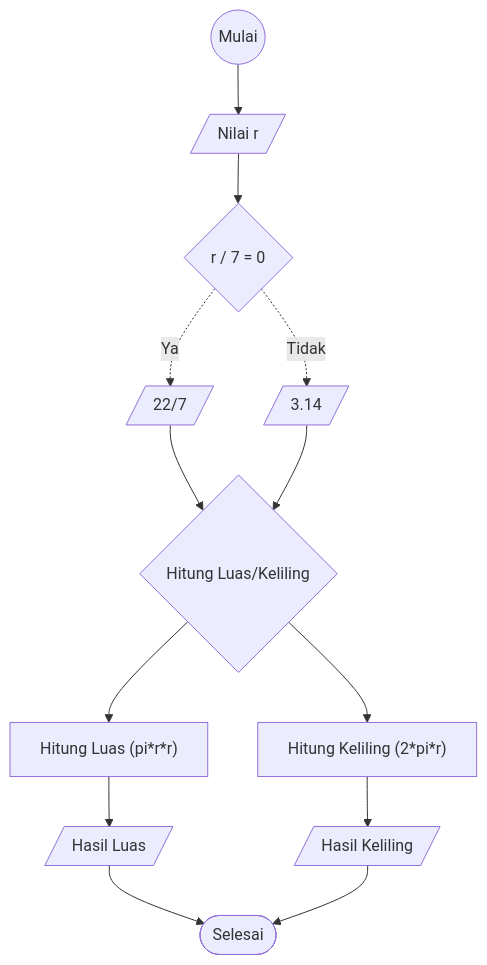
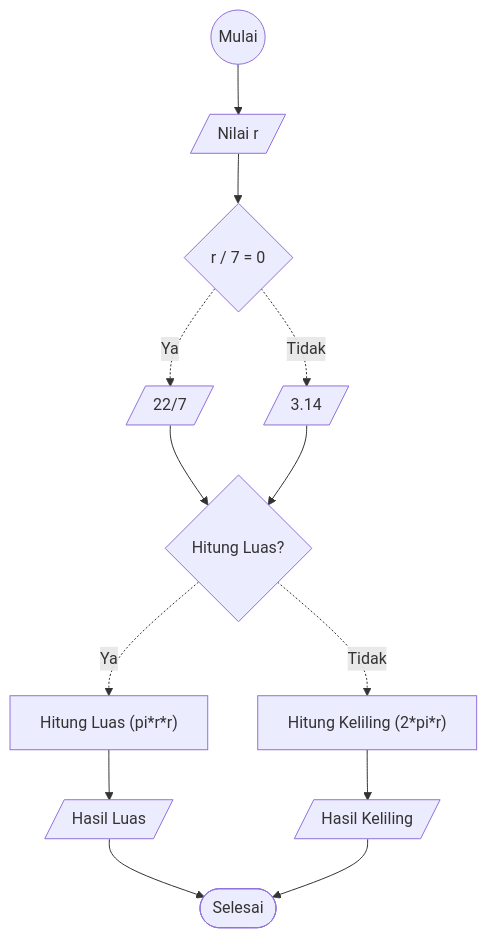
Before and after one commit to mfchrzlmzakky/koda-b1-algorithm: the diagram in koda-b1-deskriptif-algorithm-luas-keliling-lingkaran.md, drawn with Mermaid.

Commit message:
Update algorithm and flowchart for circle calculations

````diff
--- a/koda-b1-deskriptif-algorithm-luas-keliling-lingkaran.md
+++ b/koda-b1-deskriptif-algorithm-luas-keliling-lingkaran.md
@@ -17,30 +17,30 @@
 ``` mermaid
 
 flowchart TB
 
 start((Mulai))
 r[/Nilai r/]
 cek/7{r / 7 = 0}
 pi1[/22/7/]
 pi2[/3.14/]
-cekhitungapa{Hitung Luas/Keliling}
+cekhitungapa{Hitung Luas?}
 hitungluas["Hitung Luas (pi*r*r)"]
 hitungkeliling["Hitung Keliling (2*pi*r)"]
 tampilluas[/Hasil Luas/]
 tampilkeliling[/Hasil Keliling/]
 selesai([Selesai])
 
 start --> r
 r --> cek/7
 cek/7 -. Ya .-> pi1
 cek/7 -. Tidak .-> pi2
 pi1 --> cekhitungapa
 pi2 --> cekhitungapa
-cekhitungapa --> hitungluas
-cekhitungapa --> hitungkeliling
+cekhitungapa -. Ya .-> hitungluas
+cekhitungapa -. Tidak .-> hitungkeliling
 hitungluas --> tampilluas
 hitungkeliling --> tampilkeliling
 tampilluas --> selesai
 tampilkeliling --> selesai
 
 ```
````
